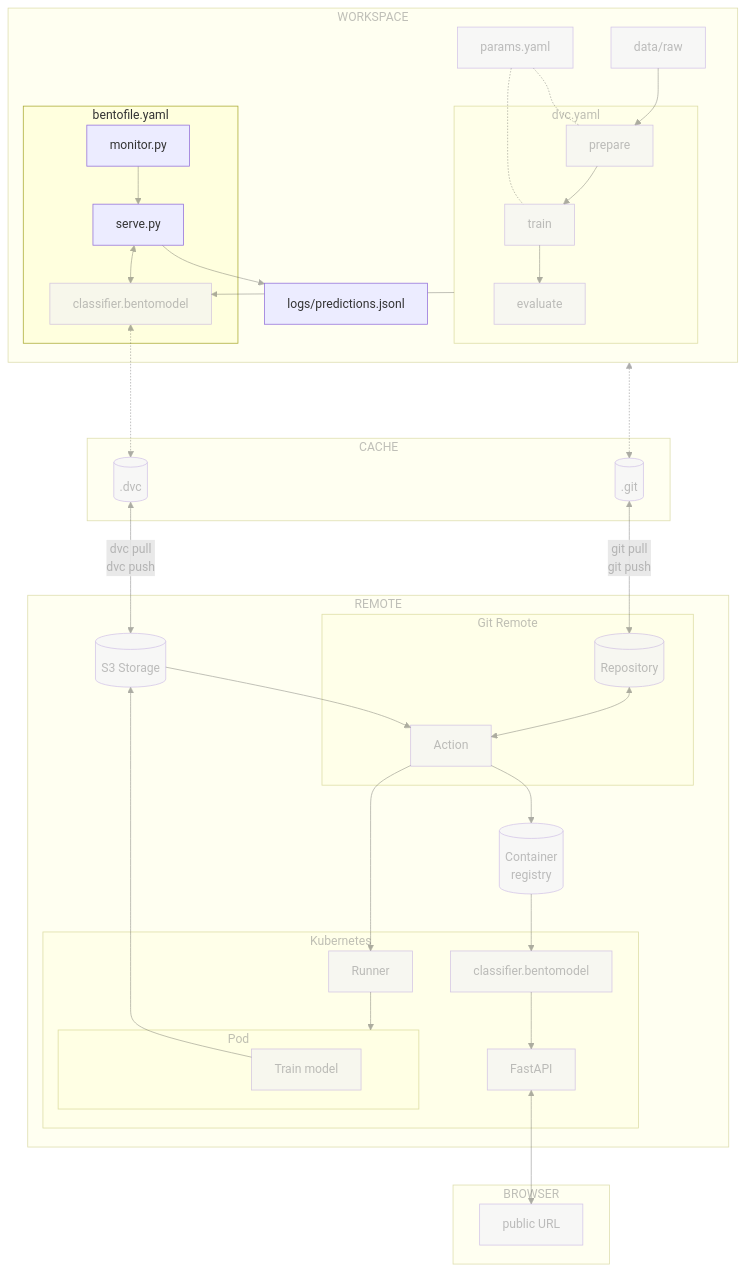
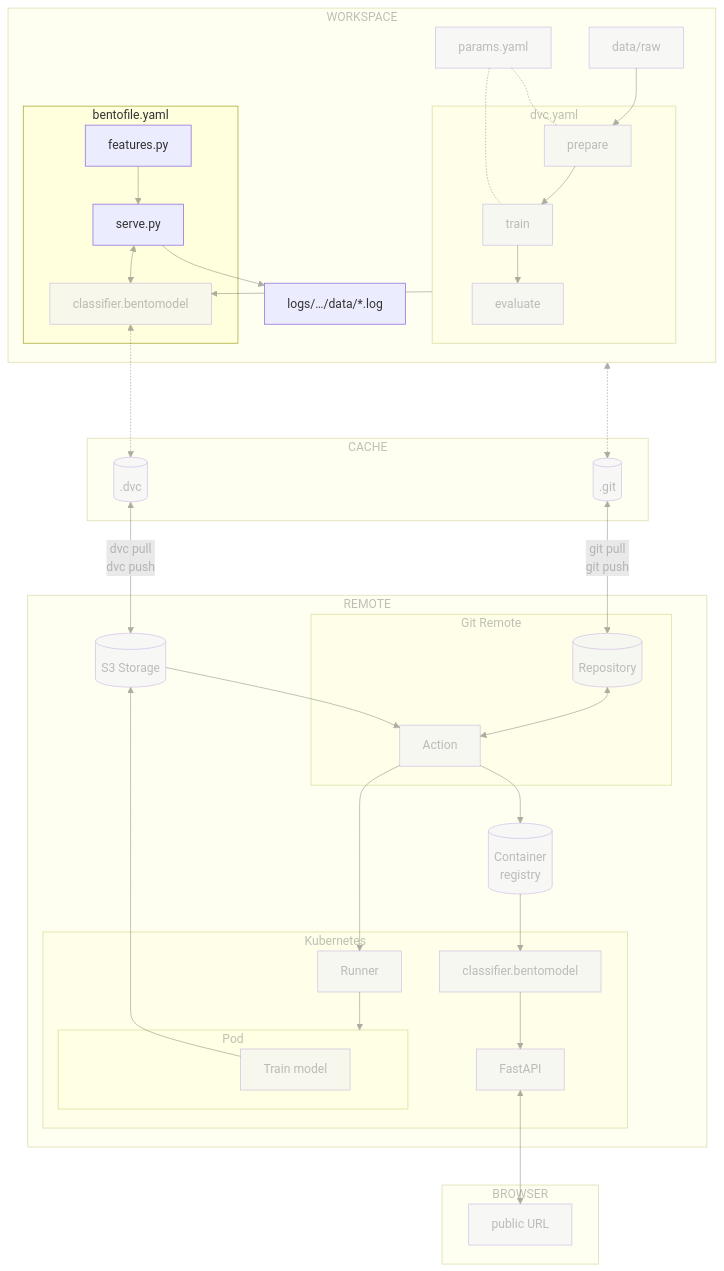
The diagram in docs/part-4-monitor-and-maintain/chapter-41-log-predictions-and-features-locally.md (swiss-ai-center/a-guide-to-mlops), drawn with Mermaid before and after one commit. The commit also changed other lines of this file and 6 other files, not shown here.

```diff
--- a/docs/part-4-monitor-and-maintain/chapter-41-log-predictions-and-features-locally.md
+++ b/docs/part-4-monitor-and-maintain/chapter-41-log-predictions-and-features-locally.md
@@ -40,9 +37,9 @@
         dvcGraph --> bento_model[classifier.bentomodel]
         subgraph bentoGraph[bentofile.yaml]
             serve[serve.py] <--> bento_model
-            monitor[monitor.py] --> serve
+            features[features.py] --> serve
         end
-        serve --> drift_logs[logs/predictions.jsonl]
+        serve --> drift_logs["logs/…/data/*.log"]
         bento_model <-.-> dot_dvc
 
         data --> prepare
```
